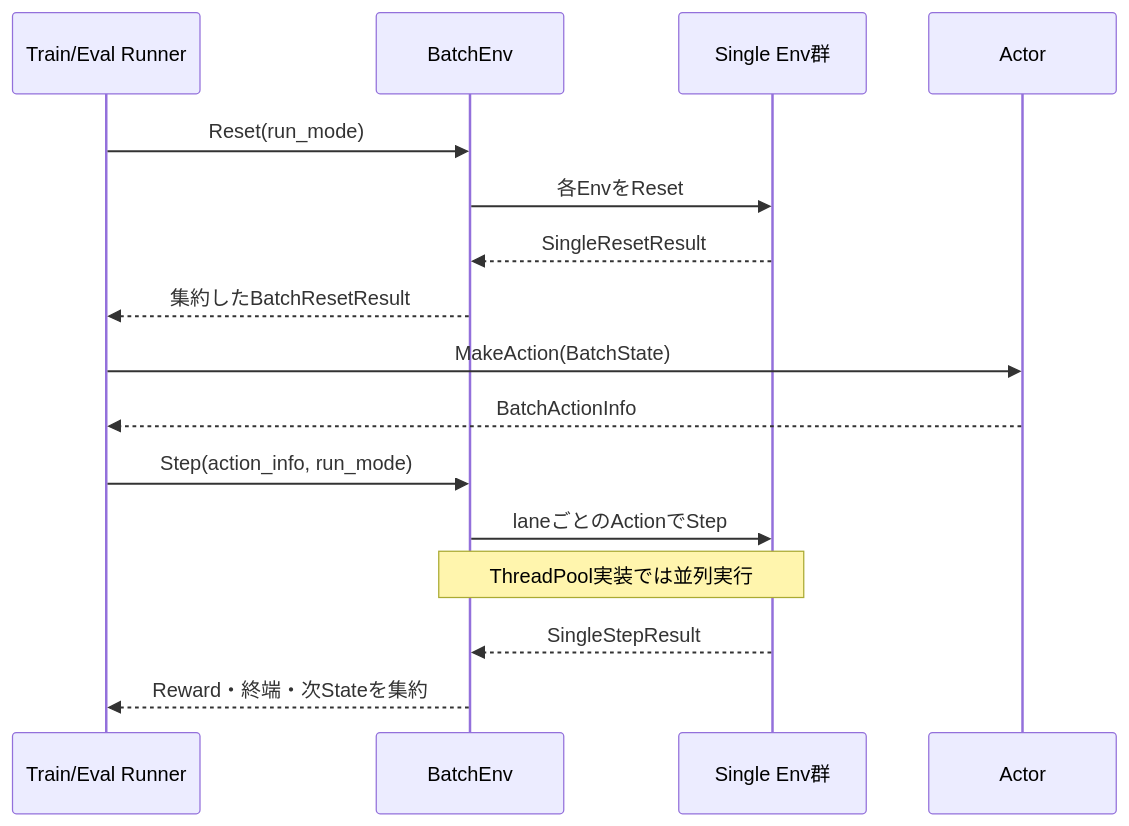
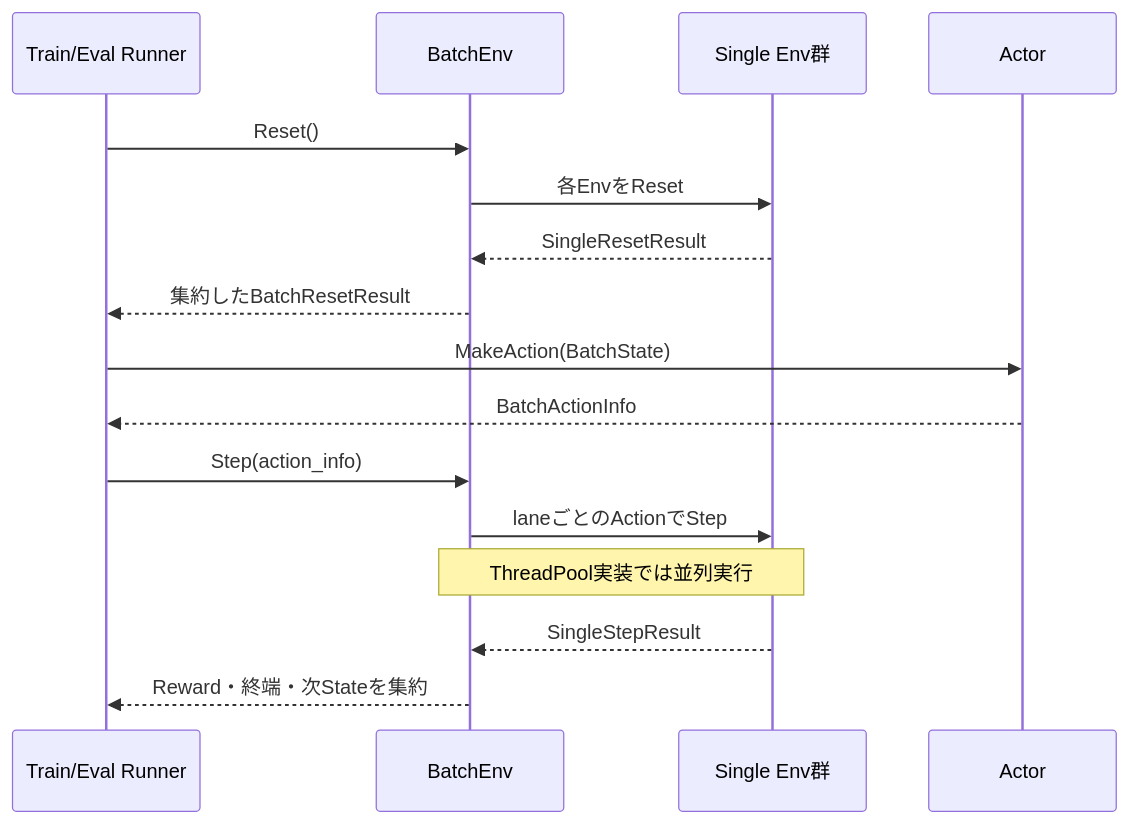
The second of 2 diagrams in docs/design/120_environments.jp.md (kazukin123/anet-lab), drawn with Mermaid before and after one commit. The commit also changed other lines of this file and 60 other files, not shown here.

````diff
--- a/docs/design/120_environments.jp.md
+++ b/docs/design/120_environments.jp.md
@@ -152,20 +166,20 @@
 ```mermaid
 sequenceDiagram
     participant R as Train/Eval Runner
     participant B as BatchEnv
     participant E as Single Env群
     participant A as Actor
 
-    R->>B: Reset(run_mode)
+    R->>B: Reset()
     B->>E: 各EnvをReset
     E-->>B: SingleResetResult
     B-->>R: 集約したBatchResetResult
 
     R->>A: MakeAction(BatchState)
     A-->>R: BatchActionInfo
-    R->>B: Step(action_info, run_mode)
+    R->>B: Step(action_info)
     B->>E: laneごとのActionでStep
     Note over B,E: ThreadPool実装では並列実行
     E-->>B: SingleStepResult
     B-->>R: Reward・終端・次Stateを集約
 ```
````
